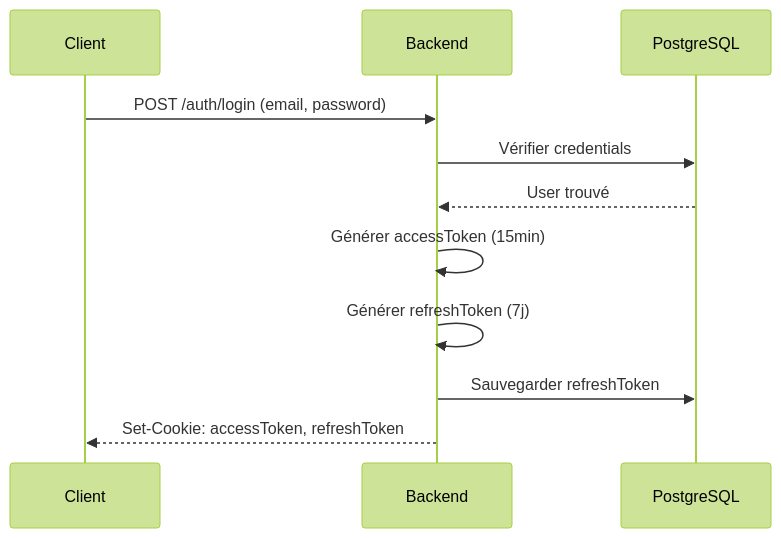
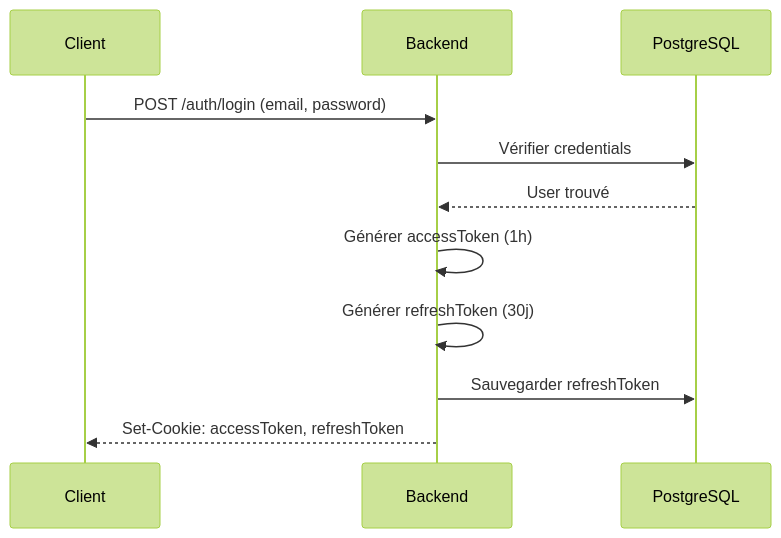
The diagram in docs/documentation-implementation/arc42/09-decisions/007-jwt.md (Sojeremy/documentation-skillswap), drawn with Mermaid (forest theme) before and after one commit. The commit also changed other lines of this file and 8 other files, not shown here.

````diff
--- a/docs/documentation-implementation/arc42/09-decisions/007-jwt.md
+++ b/docs/documentation-implementation/arc42/09-decisions/007-jwt.md
@@ -45,14 +45,14 @@
 ```mermaid
 sequenceDiagram
     participant C as Client
     participant B as Backend
     participant DB as PostgreSQL
 
     C->>B: POST /auth/login (email, password)
     B->>DB: Vérifier credentials
     DB-->>B: User trouvé
-    B->>B: Générer accessToken (15min)
-    B->>B: Générer refreshToken (7j)
+    B->>B: Générer accessToken (1h)
+    B->>B: Générer refreshToken (30j)
     B->>DB: Sauvegarder refreshToken
     B-->>C: Set-Cookie: accessToken, refreshToken
 ```
````
